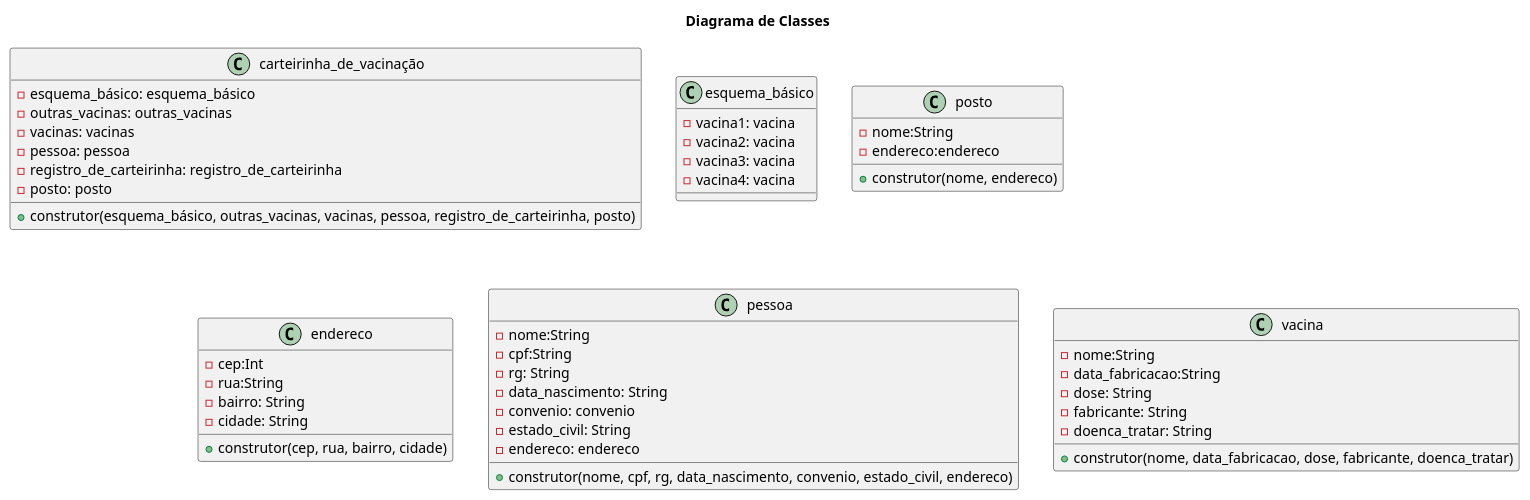
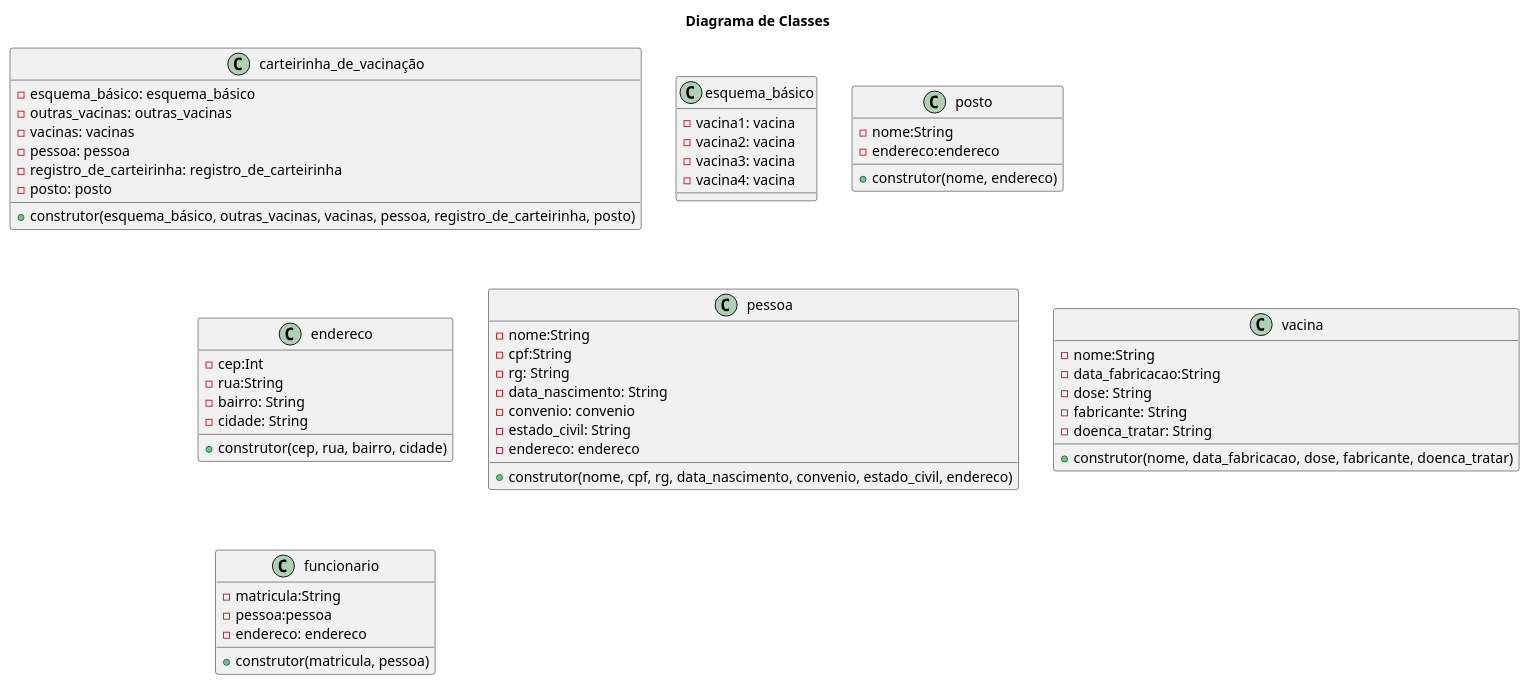
The diagram in @startuml herenca composicao.plantUML (anleaes/2022-1-N2-POO-04), drawn with PlantUML before and after one commit.

Commit message:
criação da classe funcionário

```diff
--- a/@startuml herenca composicao.plantUML
+++ b/@startuml herenca composicao.plantUML
@@ -1,59 +1,64 @@
 @startuml herenca composicao
 
 title Diagrama de Classes
 
 class carteirinha_de_vacinação{
     - esquema_básico: esquema_básico
     - outras_vacinas: outras_vacinas
     - vacinas: vacinas
     - pessoa: pessoa
     - registro_de_carteirinha: registro_de_carteirinha
     - posto: posto
     + construtor(esquema_básico, outras_vacinas, vacinas, pessoa, registro_de_carteirinha, posto)
 } 
 
 
 class esquema_básico{
     - vacina1: vacina
     - vacina2: vacina
     - vacina3: vacina
     - vacina4: vacina 
 } 
 
 class posto{
     - nome:String
     - endereco:endereco
     + construtor(nome, endereco)
 
 }
 
 class endereco{
     - cep:Int
     - rua:String
     - bairro: String
     - cidade: String
     + construtor(cep, rua, bairro, cidade)
 }
 
 class pessoa{
     - nome:String
     - cpf:String
     - rg: String
     - data_nascimento: String
     - convenio: convenio
     - estado_civil: String
     - endereco: endereco
     + construtor(nome, cpf, rg, data_nascimento, convenio, estado_civil, endereco)
 }
 class vacina{
     - nome:String
     - data_fabricacao:String
     - dose: String
     - fabricante: String
     - doenca_tratar: String
     + construtor(nome, data_fabricacao, dose, fabricante, doenca_tratar)
 }
 
-
+class funcionario{
+    - matricula:String
+    - pessoa:pessoa
+    - endereco: endereco
+    + construtor(matricula, pessoa)
+}
 
 @enduml 
```
